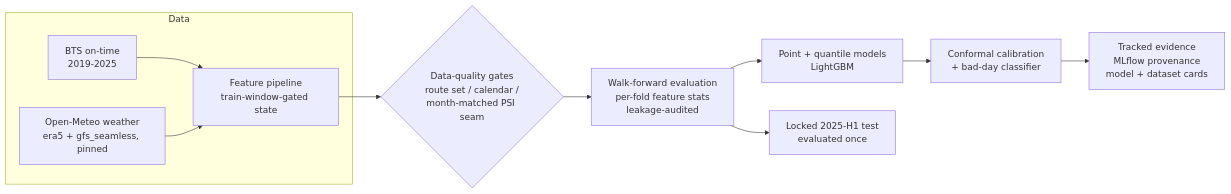
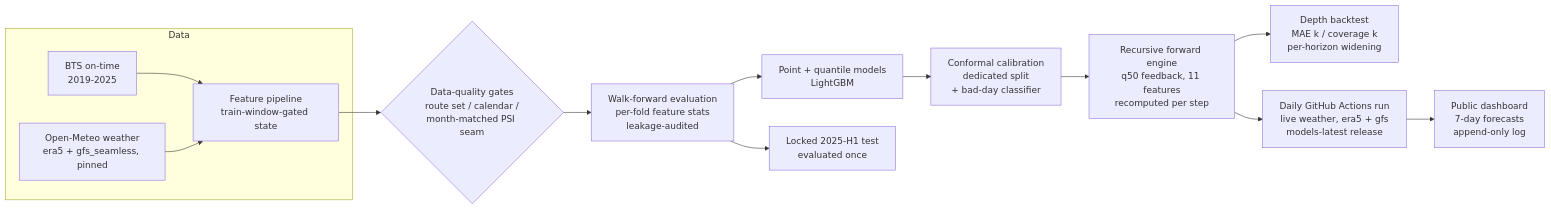
The diagram in README.md (tisyasharma/flight-delay-forecasting), drawn with Mermaid before and after one commit. The commit also changed other lines of this file and 2 other files, not shown here.

Commit message:
docs: lead with the live forward-forecasting story across readme and cards

````diff
--- a/README.md
+++ b/README.md
@@ -13,13 +48,16 @@
 ```mermaid
 flowchart LR
     subgraph Data
         A[BTS on-time<br/>2019-2025] --> C
         B[Open-Meteo weather<br/>era5 + gfs_seamless, pinned] --> C
     end
     C[Feature pipeline<br/>train-window-gated state] --> D{Data-quality gates<br/>route set / calendar /<br/>month-matched PSI seam}
     D --> E[Walk-forward evaluation<br/>per-fold feature stats<br/>leakage-audited]
     E --> F[Point + quantile models<br/>LightGBM]
-    F --> G[Conformal calibration<br/>+ bad-day classifier]
-    G --> H[Tracked evidence<br/>MLflow provenance<br/>model + dataset cards]
-    E --> I[Locked 2025-H1 test<br/>evaluated once]
+    F --> G[Conformal calibration<br/>dedicated split<br/>+ bad-day classifier]
+    G --> H[Recursive forward engine<br/>q50 feedback, 11 features<br/>recomputed per step]
+    H --> I[Depth backtest<br/>MAE k / coverage k<br/>per-horizon widening]
+    E --> J[Locked 2025-H1 test<br/>evaluated once]
+    H --> K[Daily GitHub Actions run<br/>live weather, era5 + gfs<br/>models-latest release]
+    K --> L[Public dashboard<br/>7-day forecasts<br/>append-only log]
 ```
````
